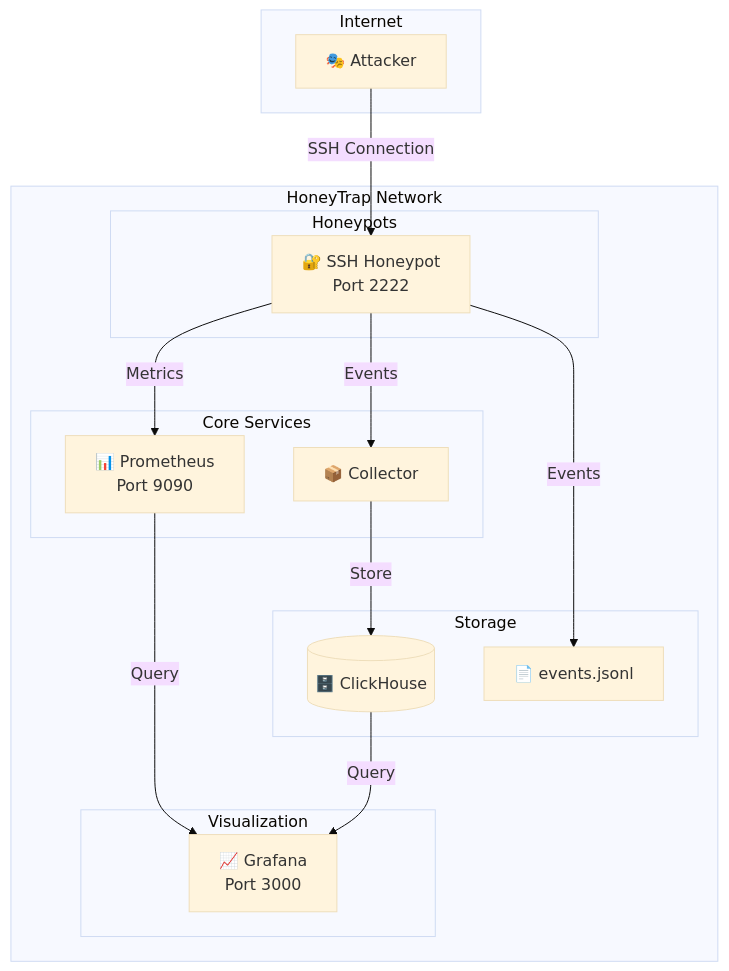
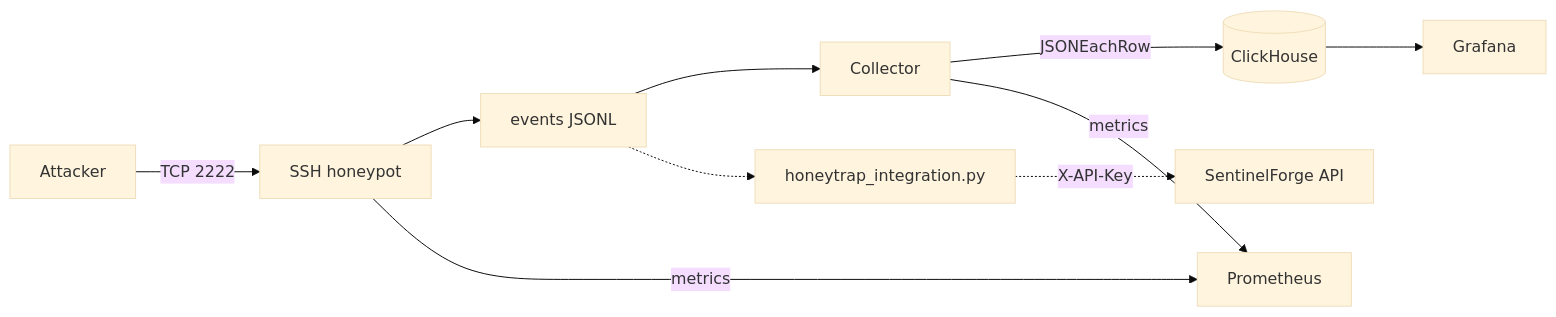
One commit to lloredia/honeytrap changed the first of 2 diagrams in README.md. Above: the diagram before and after it, drawn with Mermaid (base theme). The commit also changed other lines of this file and 47 other files, not shown here.

First line of the commit message:
Harden HoneyTrap as a deployable DevSecOps lab.

````diff
--- a/README.md
+++ b/README.md
@@ -41,34 +43,12 @@
 ```mermaid
-flowchart TB
-    subgraph Internet
-        A[🎭 Attacker]
-    end
-
-    subgraph HoneyTrap Network
-        subgraph Honeypots
-            SSH[🔐 SSH Honeypot<br/>Port 2222]
-        end
-
-        subgraph Core Services
-            COL[📦 Collector]
-            PROM[📊 Prometheus<br/>Port 9090]
-        end
-
-        subgraph Storage
-            CH[(🗄️ ClickHouse)]
-            JSONL[📄 events.jsonl]
-        end
-
-        subgraph Visualization
-            GRAF[📈 Grafana<br/>Port 3000]
-        end
-    end
-
-    A -->|SSH Connection| SSH
-    SSH -->|Events| JSONL
-    SSH -->|Events| COL
-    SSH -->|Metrics| PROM
-    COL -->|Store| CH
-    PROM -->|Query| GRAF
-    CH -->|Query| GRAF
+flowchart LR
+    Attacker[Attacker] -->|TCP 2222| Honeypot[SSH honeypot]
+    Honeypot --> JSONL[events JSONL]
+    JSONL --> Collector[Collector]
+    Collector -->|JSONEachRow| ClickHouse[(ClickHouse)]
+    ClickHouse --> Grafana[Grafana]
+    JSONL -.-> Tools[honeytrap_integration.py]
+    Tools -.->|X-API-Key| SentinelForge[SentinelForge API]
+    Honeypot -->|metrics| Prometheus[Prometheus]
+    Collector -->|metrics| Prometheus
 ```
````
